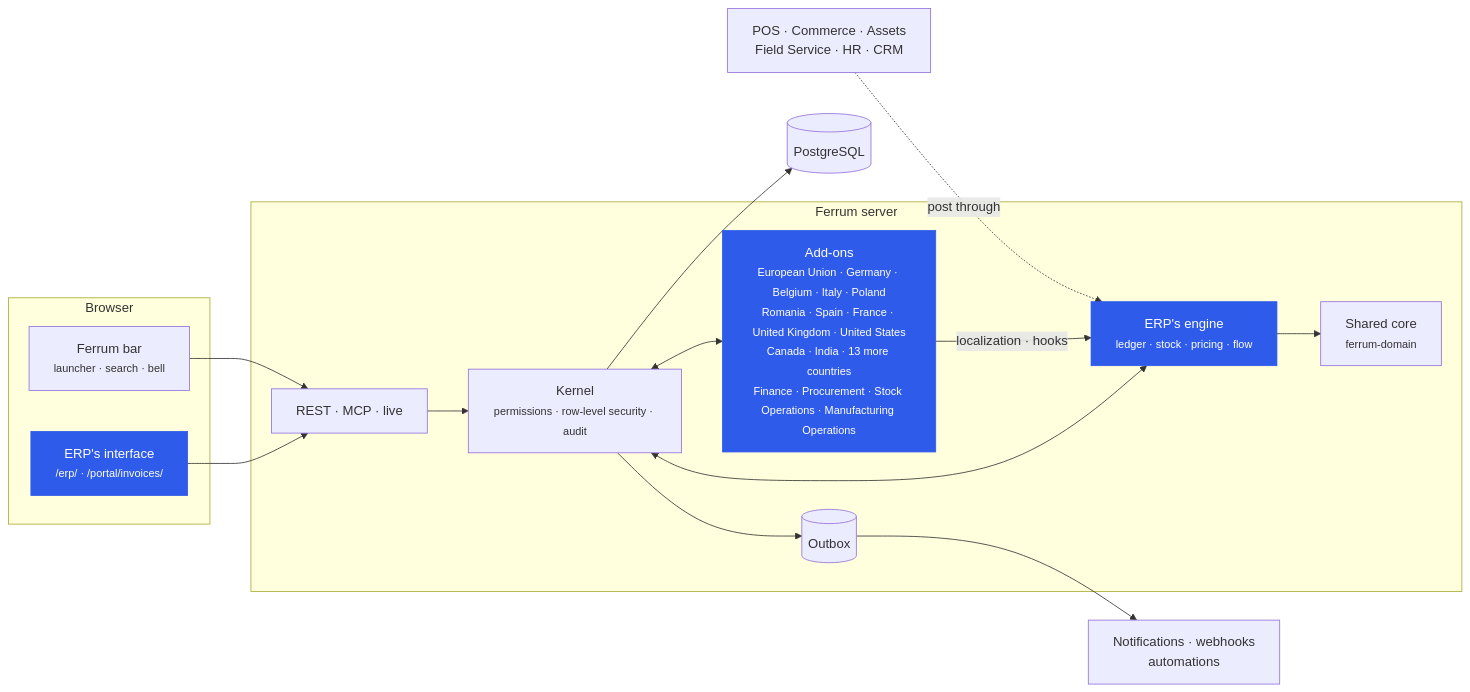
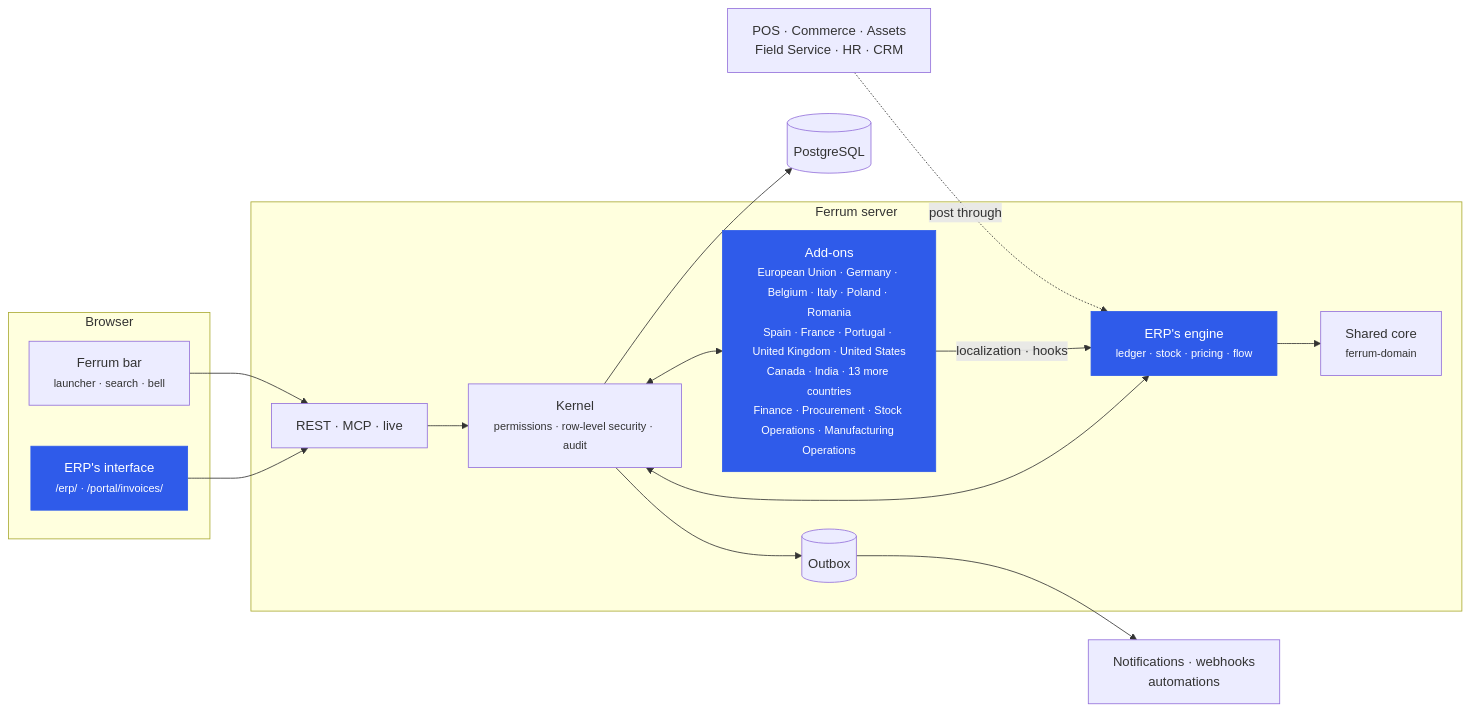
The second of 3 diagrams in README.md (CBFerrum/ferrum-app-erp), drawn with Mermaid before and after one commit. The commit also changed other lines of this file, not shown here.

Commit message:
README: Portugal's certified invoices (ATCUD, the signed hash chain, the QR code) in ferrum-eu-members

````diff
--- a/README.md
+++ b/README.md
@@ -182,26 +183,26 @@
 ```mermaid
 flowchart LR
     subgraph Browser
         UI["ERP's interface<br/><small>/erp/ · /portal/invoices/</small>"]
         BAR["Ferrum bar<br/><small>launcher · search · bell</small>"]
     end
     subgraph Server["Ferrum server"]
         API["REST · MCP · live"]
         K["Kernel<br/><small>permissions · row-level security · audit</small>"]
         ENG["ERP's engine<br/><small>ledger · stock · pricing · flow</small>"]
-        ADD["Add-ons<br/><small>European Union · Germany · Belgium · Italy · Poland<br/>Romania · Spain · France · United Kingdom · United States<br/>Canada · India · 13 more countries<br/>Finance · Procurement · Stock Operations · Manufacturing Operations</small>"]
+        ADD["Add-ons<br/><small>European Union · Germany · Belgium · Italy · Poland · Romania<br/>Spain · France · Portugal · United Kingdom · United States<br/>Canada · India · 13 more countries<br/>Finance · Procurement · Stock Operations · Manufacturing Operations</small>"]
         CORE["Shared core<br/><small>ferrum-domain</small>"]
         OB[("Outbox")]
     end
     DB[("PostgreSQL")]
     UI --> API --> K --> DB
     BAR --> API
     K <--> ENG
     K <--> ADD
     ADD -->|localization · hooks| ENG
     ENG --> CORE
     K --> OB --> EV["Notifications · webhooks<br/>automations"]
     APPS["POS · Commerce · Assets<br/>Field Service · HR · CRM"] -. post through .-> ENG
     classDef erp fill:#2f5bea,color:#fff,stroke:#2f5bea
     class UI,ENG,ADD erp
 ```
````
